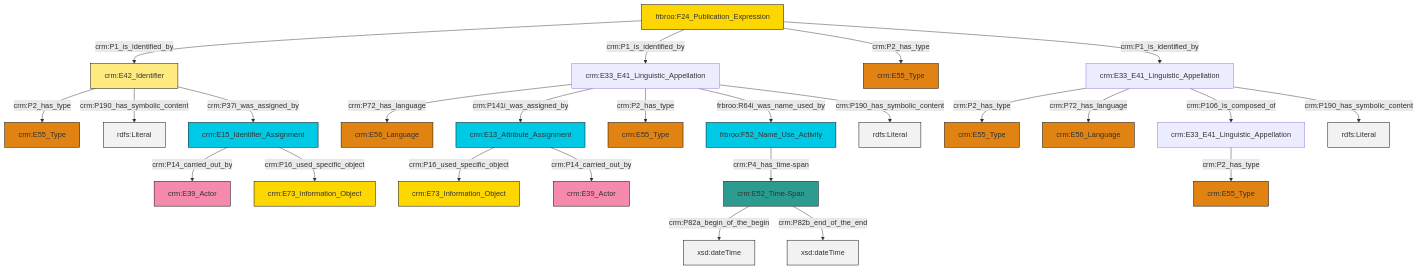
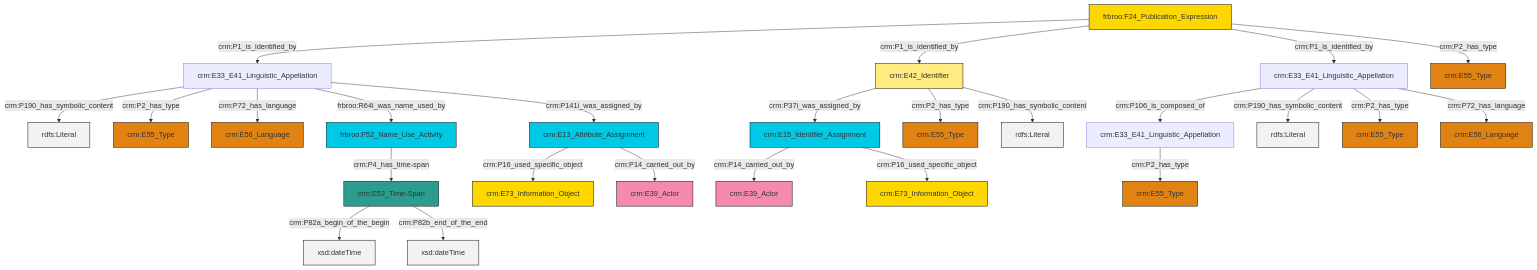
One commit to swiss-art-research-net/docs.swissartresearch changed the diagram in et/biblioCSV/ttl/mmd/biblio_name.ttl.mmd. Above: the diagram before and after it, drawn with Mermaid. The commit also changed 195 other files, not shown here.

```diff
--- a/et/biblioCSV/ttl/mmd/biblio_name.ttl.mmd
+++ b/et/biblioCSV/ttl/mmd/biblio_name.ttl.mmd
@@ -1,39 +1,39 @@
 graph TD
 classDef Literal fill:#f2f2f2,stroke:#000000;
 classDef CRM_Entity fill:#FFFFFF,stroke:#000000;
 classDef Temporal_Entity fill:#00C9E6, stroke:#000000;
 classDef Type fill:#E18312, stroke:#000000;
 classDef Time-Span fill:#2C9C91, stroke:#000000;
 classDef Appellation fill:#FFEB7F, stroke:#000000;
 classDef Place fill:#008836, stroke:#000000;
 classDef Persistent_Item fill:#B266B2, stroke:#000000;
 classDef Conceptual_Object fill:#FFD700, stroke:#000000;
 classDef Physical_Thing fill:#D2B48C, stroke:#000000;
 classDef Actor fill:#f58aad, stroke:#000000;
 classDef PC_Classes fill:#4ce600, stroke:#000000;
 classDef Multi fill:#cccccc,stroke:#000000;
 
-0["crm:E33_E41_Linguistic_Appellation"]:::Default -->|crm:P2_has_type| 1["crm:E55_Type"]:::Type
-2["crm:E52_Time-Span"]:::Time-Span -->|crm:P82a_begin_of_the_begin| 3[xsd:dateTime]:::Literal
-4["crm:E42_Identifier"]:::Appellation -->|crm:P2_has_type| 11["crm:E55_Type"]:::Type
-17["crm:E33_E41_Linguistic_Appellation"]:::Default -->|crm:P72_has_language| 18["crm:E56_Language"]:::Type
-0["crm:E33_E41_Linguistic_Appellation"]:::Default -->|crm:P72_has_language| 19["crm:E56_Language"]:::Type
-17["crm:E33_E41_Linguistic_Appellation"]:::Default -->|crm:P141i_was_assigned_by| 12["crm:E13_Attribute_Assignment"]:::Temporal_Entity
-17["crm:E33_E41_Linguistic_Appellation"]:::Default -->|crm:P2_has_type| 25["crm:E55_Type"]:::Type
-0["crm:E33_E41_Linguistic_Appellation"]:::Default -->|crm:P106_is_composed_of| 21["crm:E33_E41_Linguistic_Appellation"]:::Default
-2["crm:E52_Time-Span"]:::Time-Span -->|crm:P82b_end_of_the_end| 27[xsd:dateTime]:::Literal
-6["frbroo:F24_Publication_Expression"]:::Conceptual_Object -->|crm:P1_is_identified_by| 4["crm:E42_Identifier"]:::Appellation
-17["crm:E33_E41_Linguistic_Appellation"]:::Default -->|frbroo:R64i_was_name_used_by| 23["frbroo:F52_Name_Use_Activity"]:::Temporal_Entity
-4["crm:E42_Identifier"]:::Appellation -->|crm:P190_has_symbolic_content| 34[rdfs:Literal]:::Literal
-4["crm:E42_Identifier"]:::Appellation -->|crm:P37i_was_assigned_by| 35["crm:E15_Identifier_Assignment"]:::Temporal_Entity
-6["frbroo:F24_Publication_Expression"]:::Conceptual_Object -->|crm:P1_is_identified_by| 17["crm:E33_E41_Linguistic_Appellation"]:::Default
-35["crm:E15_Identifier_Assignment"]:::Temporal_Entity -->|crm:P14_carried_out_by| 8["crm:E39_Actor"]:::Actor
-23["frbroo:F52_Name_Use_Activity"]:::Temporal_Entity -->|crm:P4_has_time-span| 2["crm:E52_Time-Span"]:::Time-Span
-0["crm:E33_E41_Linguistic_Appellation"]:::Default -->|crm:P190_has_symbolic_content| 36[rdfs:Literal]:::Literal
-6["frbroo:F24_Publication_Expression"]:::Conceptual_Object -->|crm:P2_has_type| 38["crm:E55_Type"]:::Type
-17["crm:E33_E41_Linguistic_Appellation"]:::Default -->|crm:P190_has_symbolic_content| 40[rdfs:Literal]:::Literal
-21["crm:E33_E41_Linguistic_Appellation"]:::Default -->|crm:P2_has_type| 32["crm:E55_Type"]:::Type
-6["frbroo:F24_Publication_Expression"]:::Conceptual_Object -->|crm:P1_is_identified_by| 0["crm:E33_E41_Linguistic_Appellation"]:::Default
-12["crm:E13_Attribute_Assignment"]:::Temporal_Entity -->|crm:P16_used_specific_object| 28["crm:E73_Information_Object"]:::Conceptual_Object
-12["crm:E13_Attribute_Assignment"]:::Temporal_Entity -->|crm:P14_carried_out_by| 14["crm:E39_Actor"]:::Actor
-35["crm:E15_Identifier_Assignment"]:::Temporal_Entity -->|crm:P16_used_specific_object| 43["crm:E73_Information_Object"]:::Conceptual_Object
+2["crm:E42_Identifier"]:::Appellation -->|crm:P37i_was_assigned_by| 3["crm:E15_Identifier_Assignment"]:::Temporal_Entity
+0["crm:E33_E41_Linguistic_Appellation"]:::Default -->|crm:P106_is_composed_of| 4["crm:E33_E41_Linguistic_Appellation"]:::Default
+0["crm:E33_E41_Linguistic_Appellation"]:::Default -->|crm:P190_has_symbolic_content| 7[rdfs:Literal]:::Literal
+4["crm:E33_E41_Linguistic_Appellation"]:::Default -->|crm:P2_has_type| 8["crm:E55_Type"]:::Type
+15["crm:E33_E41_Linguistic_Appellation"]:::Default -->|crm:P190_has_symbolic_content| 16[rdfs:Literal]:::Literal
+13["frbroo:F24_Publication_Expression"]:::Conceptual_Object -->|crm:P1_is_identified_by| 15["crm:E33_E41_Linguistic_Appellation"]:::Default
+18["crm:E13_Attribute_Assignment"]:::Temporal_Entity -->|crm:P16_used_specific_object| 19["crm:E73_Information_Object"]:::Conceptual_Object
+15["crm:E33_E41_Linguistic_Appellation"]:::Default -->|crm:P2_has_type| 5["crm:E55_Type"]:::Type
+20["crm:E52_Time-Span"]:::Time-Span -->|crm:P82a_begin_of_the_begin| 21[xsd:dateTime]:::Literal
+15["crm:E33_E41_Linguistic_Appellation"]:::Default -->|crm:P72_has_language| 22["crm:E56_Language"]:::Type
+3["crm:E15_Identifier_Assignment"]:::Temporal_Entity -->|crm:P14_carried_out_by| 25["crm:E39_Actor"]:::Actor
+3["crm:E15_Identifier_Assignment"]:::Temporal_Entity -->|crm:P16_used_specific_object| 9["crm:E73_Information_Object"]:::Conceptual_Object
+13["frbroo:F24_Publication_Expression"]:::Conceptual_Object -->|crm:P1_is_identified_by| 2["crm:E42_Identifier"]:::Appellation
+15["crm:E33_E41_Linguistic_Appellation"]:::Default -->|frbroo:R64i_was_name_used_by| 32["frbroo:F52_Name_Use_Activity"]:::Temporal_Entity
+2["crm:E42_Identifier"]:::Appellation -->|crm:P2_has_type| 34["crm:E55_Type"]:::Type
+18["crm:E13_Attribute_Assignment"]:::Temporal_Entity -->|crm:P14_carried_out_by| 35["crm:E39_Actor"]:::Actor
+13["frbroo:F24_Publication_Expression"]:::Conceptual_Object -->|crm:P1_is_identified_by| 0["crm:E33_E41_Linguistic_Appellation"]:::Default
+0["crm:E33_E41_Linguistic_Appellation"]:::Default -->|crm:P2_has_type| 29["crm:E55_Type"]:::Type
+0["crm:E33_E41_Linguistic_Appellation"]:::Default -->|crm:P72_has_language| 11["crm:E56_Language"]:::Type
+32["frbroo:F52_Name_Use_Activity"]:::Temporal_Entity -->|crm:P4_has_time-span| 20["crm:E52_Time-Span"]:::Time-Span
+13["frbroo:F24_Publication_Expression"]:::Conceptual_Object -->|crm:P2_has_type| 23["crm:E55_Type"]:::Type
+15["crm:E33_E41_Linguistic_Appellation"]:::Default -->|crm:P141i_was_assigned_by| 18["crm:E13_Attribute_Assignment"]:::Temporal_Entity
+2["crm:E42_Identifier"]:::Appellation -->|crm:P190_has_symbolic_content| 41[rdfs:Literal]:::Literal
+20["crm:E52_Time-Span"]:::Time-Span -->|crm:P82b_end_of_the_end| 46[xsd:dateTime]:::Literal
```
